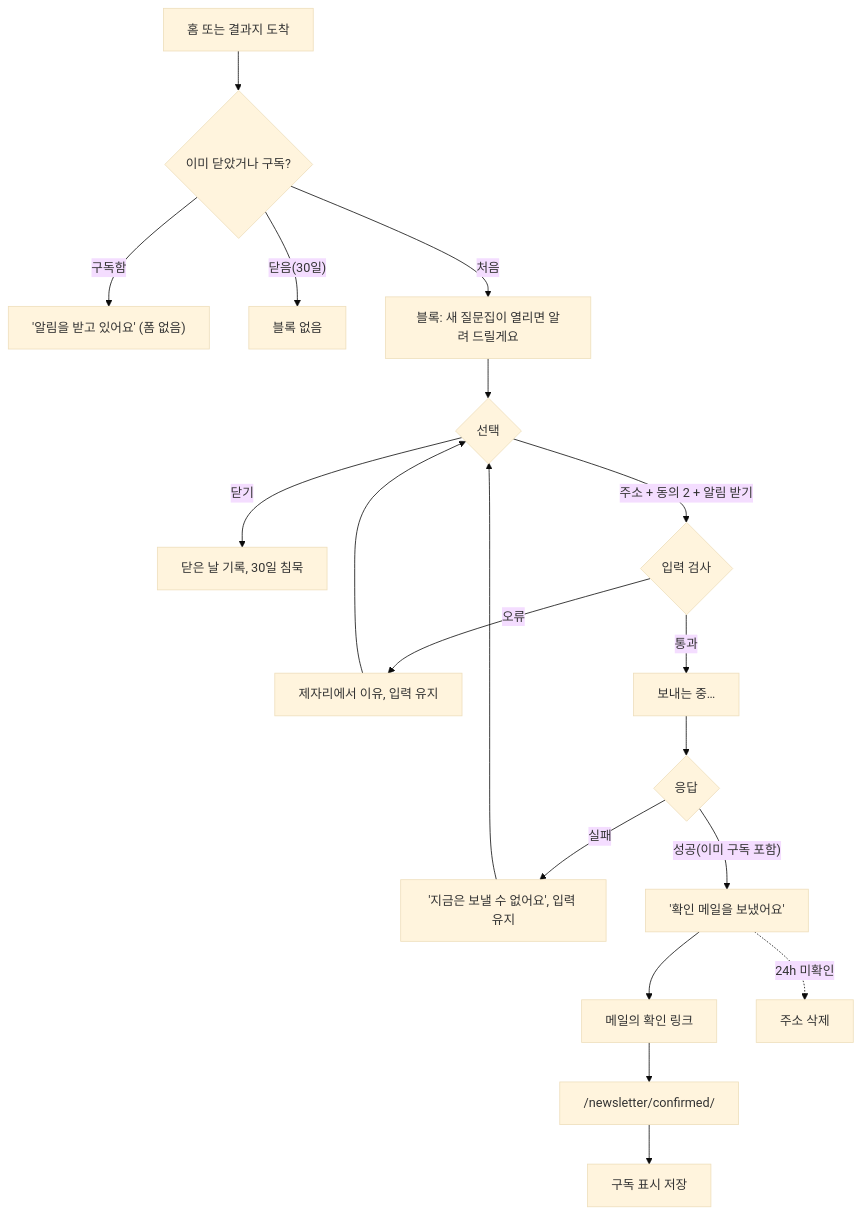
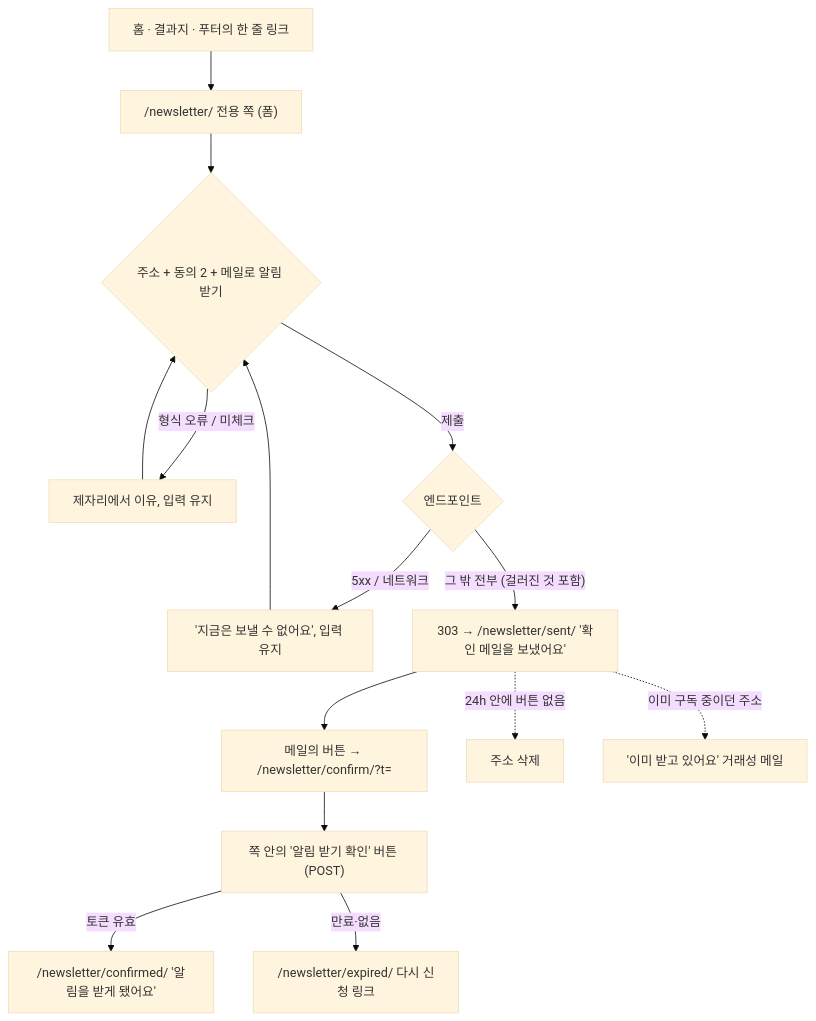
One commit to linjingzhu/beforeithappens changed the first of 2 diagrams in docs/proposals/newsletter-ko.md. Above: the diagram before and after it, drawn with Mermaid (base theme). The commit also changed other lines of this file, not shown here.

````diff
--- a/docs/proposals/newsletter-ko.md
+++ b/docs/proposals/newsletter-ko.md
@@ -151,16 +169,15 @@
 ```mermaid
 flowchart TD
-  A["홈 또는 결과지 도착"] --> B{"이미 닫았거나 구독?"}
-  B -- 구독함 --> B1["'알림을 받고 있어요' (폼 없음)"]
-  B -- "닫음(30일)" --> B2["블록 없음"]
-  B -- 처음 --> C["블록: 새 질문집이 열리면 알려 드릴게요"]
-  C --> D{선택}
-  D -- 닫기 --> E["닫은 날 기록, 30일 침묵"]
-  D -- "주소 + 동의 2 + 알림 받기" --> F{입력 검사}
-  F -- 오류 --> F1["제자리에서 이유, 입력 유지"] --> D
-  F -- 통과 --> G["보내는 중…"] --> H{응답}
-  H -- 실패 --> H1["'지금은 보낼 수 없어요', 입력 유지"] --> D
-  H -- "성공(이미 구독 포함)" --> I["'확인 메일을 보냈어요'"]
-  I --> J["메일의 확인 링크"] --> K["/newsletter/confirmed/"] --> L["구독 표시 저장"]
-  I -. "24h 미확인" .-> M["주소 삭제"]
+  A["홈 · 결과지 · 푸터의 한 줄 링크"] --> B["/newsletter/ 전용 쪽 (폼)"]
+  B --> C{"주소 + 동의 2 + 메일로 알림 받기"}
+  C -- "형식 오류 / 미체크" --> C1["제자리에서 이유, 입력 유지"] --> C
+  C -- "제출" --> D{"엔드포인트"}
+  D -- "5xx / 네트워크" --> D1["'지금은 보낼 수 없어요', 입력 유지"] --> C
+  D -- "그 밖 전부 (걸러진 것 포함)" --> E["303 → /newsletter/sent/ '확인 메일을 보냈어요'"]
+  E --> F["메일의 버튼 → /newsletter/confirm/?t="]
+  F --> G["쪽 안의 '알림 받기 확인' 버튼 (POST)"]
+  G -- "토큰 유효" --> H["/newsletter/confirmed/ '알림을 받게 됐어요'"]
+  G -- "만료·없음" --> I["/newsletter/expired/ 다시 신청 링크"]
+  E -. "24h 안에 버튼 없음" .-> J["주소 삭제"]
+  E -. "이미 구독 중이던 주소" .-> K["'이미 받고 있어요' 거래성 메일"]
 ```
````
